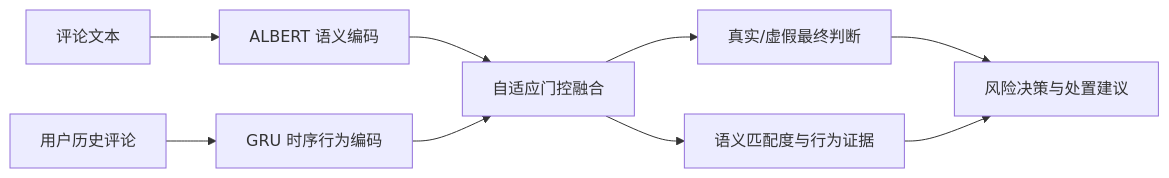
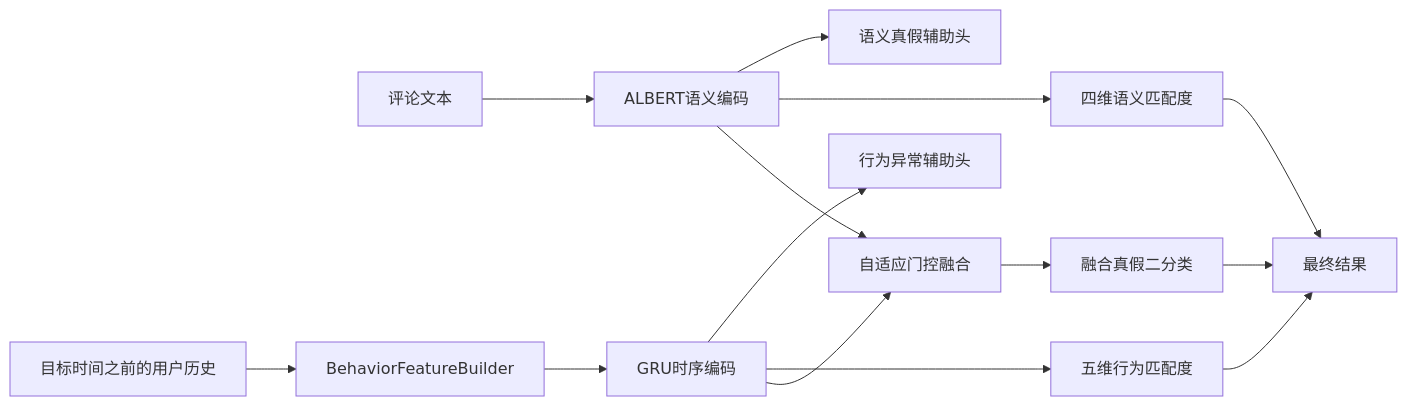
One commit to 007wwww123/Review-Monitoring-Software changed the diagram in 项目代码/software_v1/README.md. Above: the diagram before and after it, drawn with Mermaid. The commit also changed other lines of this file and 61 other files, not shown here.

Commit message:
feat: implement production ALBERT-GRU fusion workflow

````diff
--- a/项目代码/software_v1/README.md
+++ b/项目代码/software_v1/README.md
@@ -31,11 +21,16 @@
 ```mermaid
 flowchart LR
-    A["评论文本"] --> B["ALBERT 语义编码"]
-    C["用户历史评论"] --> D["GRU 时序行为编码"]
-    B --> E["自适应门控融合"]
-    D --> E
-    E --> F["真实/虚假最终判断"]
-    E --> G["语义匹配度与行为证据"]
-    F --> H["风险决策与处置建议"]
-    G --> H
+    A["评论文本"] --> B["ALBERT语义编码"]
+    B --> B1["语义真假辅助头"]
+    B --> B2["四维语义匹配度"]
+    C["目标时间之前的用户历史"] --> D["BehaviorFeatureBuilder"]
+    D --> E["GRU时序编码"]
+    E --> E1["行为异常辅助头"]
+    E --> E2["五维行为匹配度"]
+    B --> F["自适应门控融合"]
+    E --> F
+    F --> G["融合真假二分类"]
+    G --> H["最终结果"]
+    B2 --> H
+    E2 --> H
 ```
````
